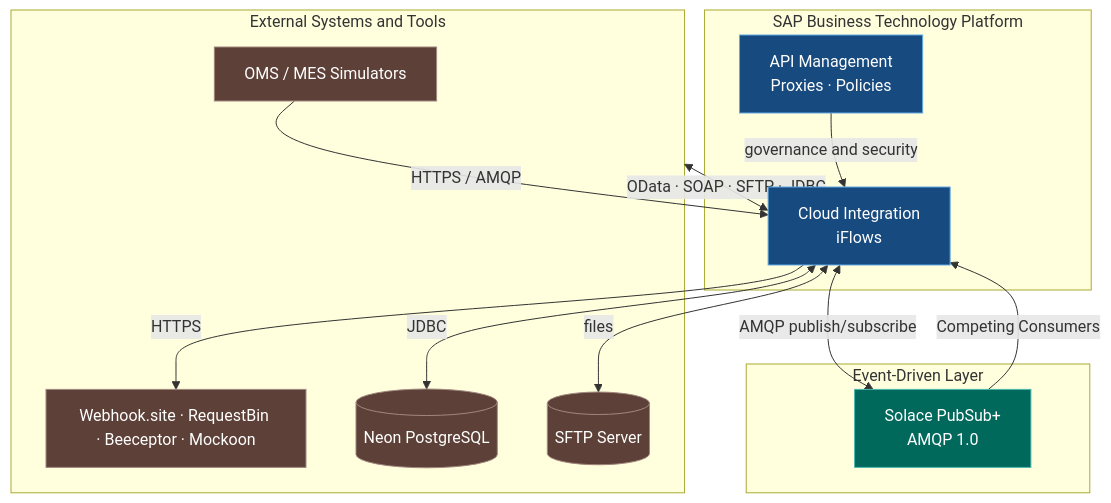
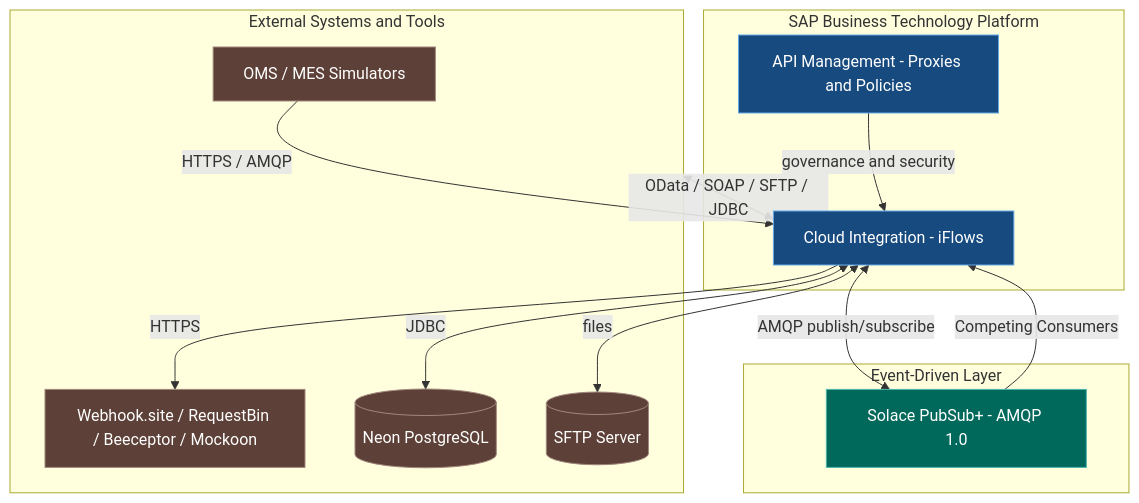
One commit to OrlandoCaetano2026/SAP_Integration_Suite_Learning changed the second of 2 diagrams in README.en.md. Above: the diagram before and after it, drawn with Mermaid. The commit also changed other lines of this file and 1 other file, not shown here.

Commit message:
docs: professional revamp of all index READMEs with badges, Mermaid, exam blueprint and skill matrix_V3

````diff
--- a/README.en.md
+++ b/README.en.md
@@ -123,31 +123,31 @@
 ```mermaid
 flowchart TB
     subgraph EXT[External Systems and Tools]
         OMS[OMS / MES Simulators]
-        BACK[Webhook.site · RequestBin · Beeceptor · Mockoon]
+        BACK[Webhook.site / RequestBin / Beeceptor / Mockoon]
         DB[(Neon PostgreSQL)]
         SFTP[(SFTP Server)]
     end
     subgraph BTP[SAP Business Technology Platform]
-        CPI[Cloud Integration\niFlows]
-        APIM[API Management\nProxies · Policies]
+        CPI[Cloud Integration - iFlows]
+        APIM[API Management - Proxies and Policies]
     end
     subgraph EDA[Event-Driven Layer]
-        SOL[Solace PubSub+\nAMQP 1.0]
+        SOL[Solace PubSub+ - AMQP 1.0]
     end
     OMS -->|HTTPS / AMQP| CPI
-    CPI <-->|OData · SOAP · SFTP · JDBC| EXT
+    CPI <-->|OData / SOAP / SFTP / JDBC| EXT
     CPI <-->|AMQP publish/subscribe| SOL
     SOL -->|Competing Consumers| CPI
     APIM -->|governance and security| CPI
     CPI -->|HTTPS| BACK
     CPI <-->|JDBC| DB
     CPI <-->|files| SFTP
 
     classDef sap fill:#174a7e,color:#fff,stroke:#65a8e5;
     classDef eda fill:#00695c,color:#fff,stroke:#4db6ac;
     classDef ext fill:#5d4037,color:#fff,stroke:#a1887f;
     class CPI,APIM sap;
     class SOL eda;
     class OMS,BACK,DB,SFTP ext;
 ```
````
